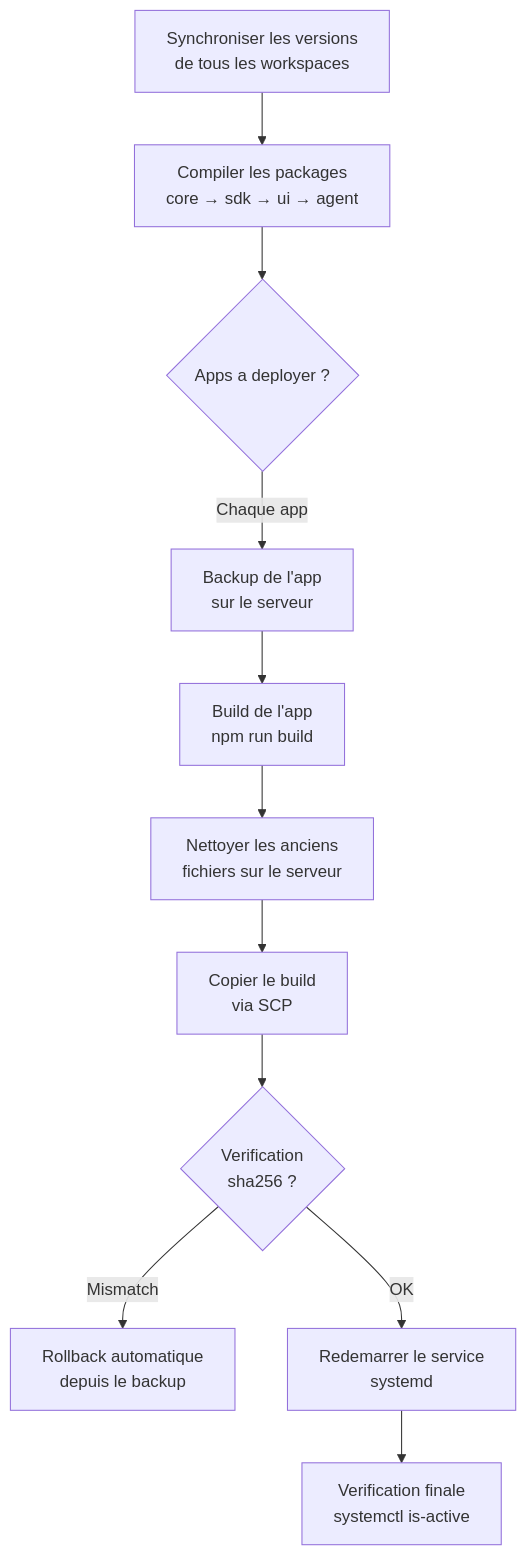
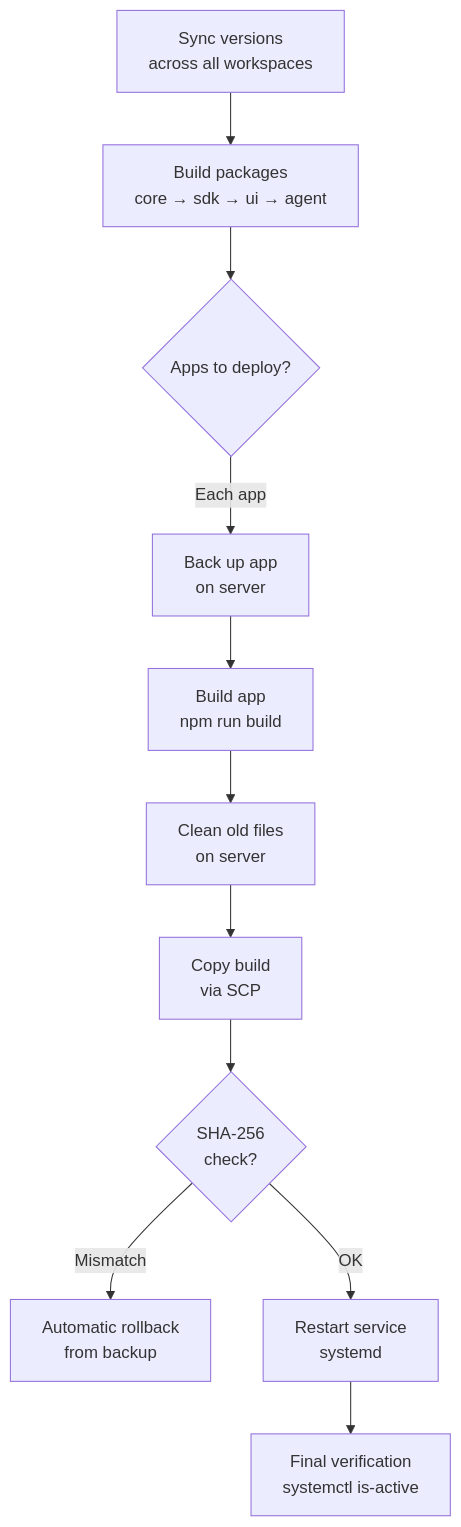
Before and after one commit to jeanbaptiste/webmcp-auto-ui: the second of 2 diagrams in docs/starlight/src/content/docs/guide/deploy.mdx, drawn with Mermaid. The commit also changed other lines of this file and 94 other files, not shown here.

````diff
--- a/docs/starlight/src/content/docs/guide/deploy.mdx
+++ b/docs/starlight/src/content/docs/guide/deploy.mdx
@@ -109,13 +109,13 @@
 ```mermaid
 flowchart TD
-    A[Synchroniser les versions<br/>de tous les workspaces] --> B[Compiler les packages<br/>core → sdk → ui → agent]
-    B --> C{Apps a deployer ?}
-    C -->|Chaque app| D[Backup de l'app<br/>sur le serveur]
-    D --> E[Build de l'app<br/>npm run build]
-    E --> F[Nettoyer les anciens<br/>fichiers sur le serveur]
-    F --> G[Copier le build<br/>via SCP]
-    G --> H{Verification<br/>sha256 ?}
-    H -->|Mismatch| I[Rollback automatique<br/>depuis le backup]
-    H -->|OK| J[Redemarrer le service<br/>systemd]
-    J --> K[Verification finale<br/>systemctl is-active]
+    A[Sync versions<br/>across all workspaces] --> B[Build packages<br/>core → sdk → ui → agent]
+    B --> C{Apps to deploy?}
+    C -->|Each app| D[Back up app<br/>on server]
+    D --> E[Build app<br/>npm run build]
+    E --> F[Clean old files<br/>on server]
+    F --> G[Copy build<br/>via SCP]
+    G --> H{SHA-256<br/>check?}
+    H -->|Mismatch| I[Automatic rollback<br/>from backup]
+    H -->|OK| J[Restart service<br/>systemd]
+    J --> K[Final verification<br/>systemctl is-active]
 ```
````
